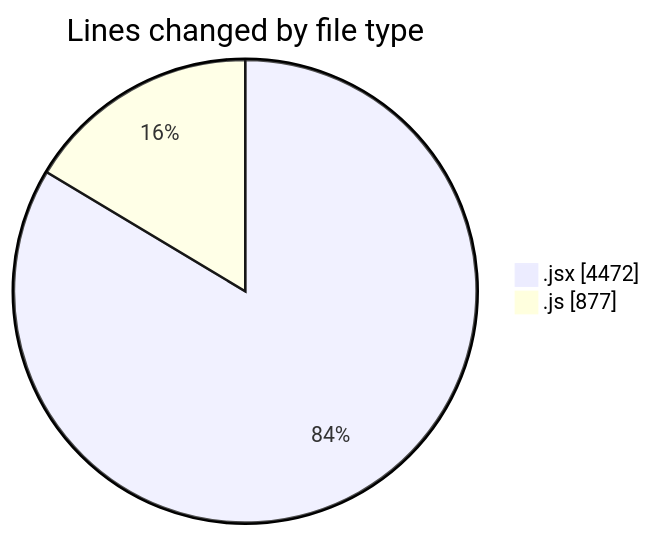
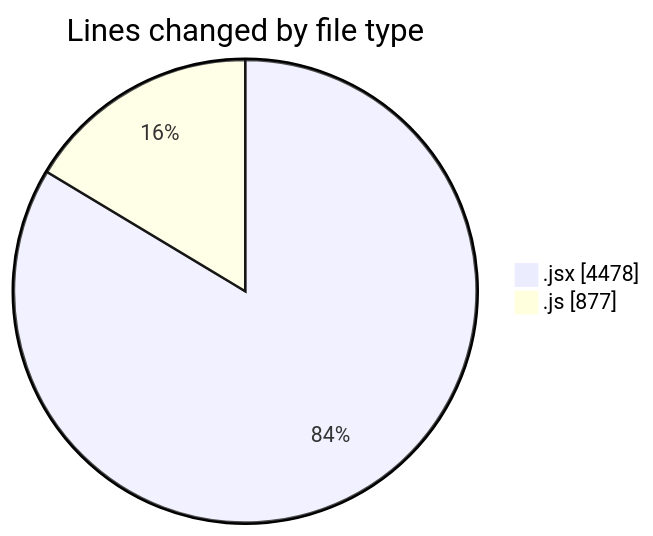
One commit to nxtqubesakshisongat/code-tracking changed the first of 2 diagrams in 2025-07-21/nxtqube_webapp/README.md. Above: the diagram before and after it, drawn with Mermaid. The commit also changed other lines of this file and 1 other file, not shown here.

````diff
--- a/2025-07-21/nxtqube_webapp/README.md
+++ b/2025-07-21/nxtqube_webapp/README.md
@@ -27,6 +27,6 @@
 ```mermaid
 pie showData
 title Lines changed by file type
-".jsx" : 4472
+".jsx" : 4478
 ".js" : 877
 ```
````
